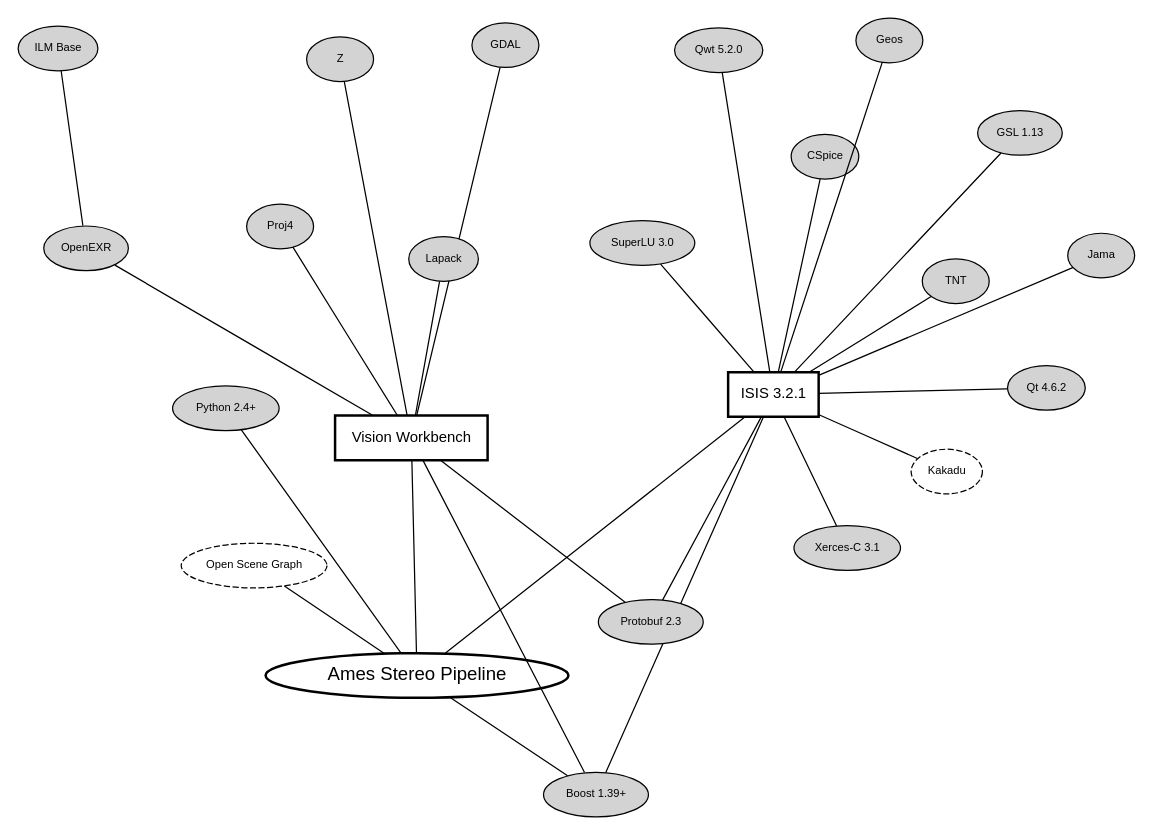
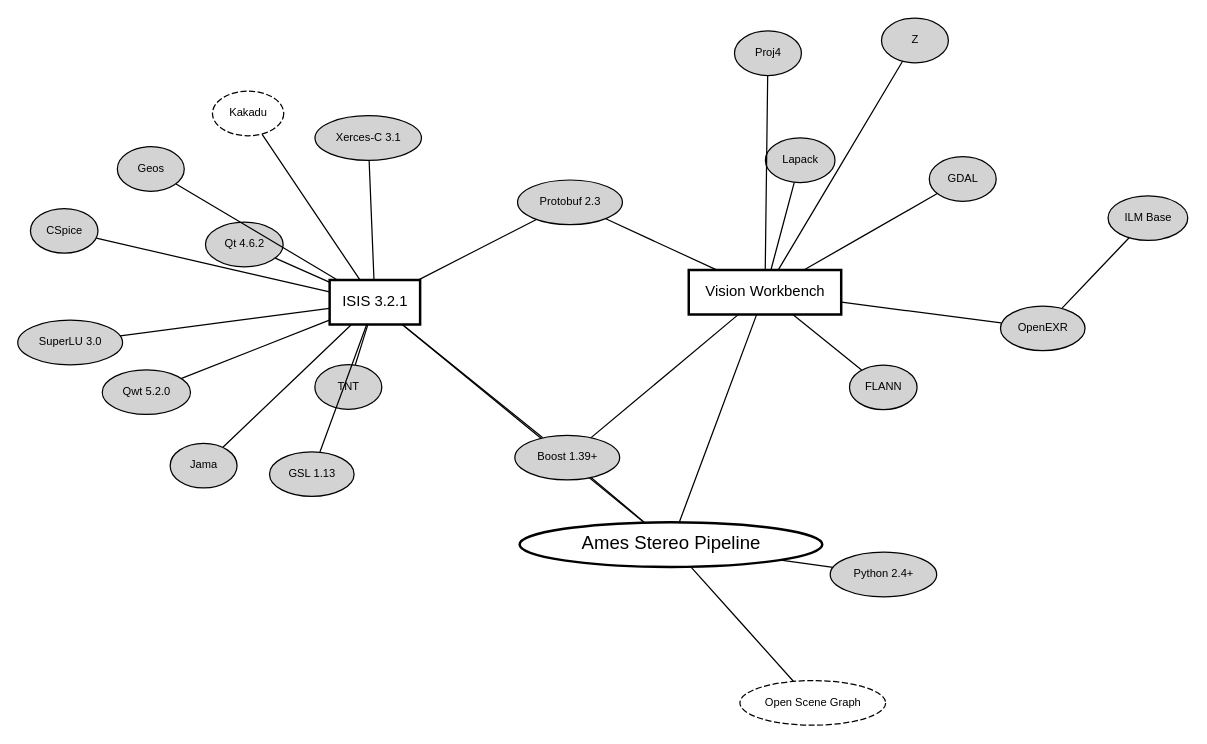
One commit to NeoGeographyToolkit/StereoPipeline changed the diagram in docs/book/graph/asp_deps.dot. Above: the diagram before and after it, drawn with Graphviz.

Commit message:
Add FLANN to graph

```diff
--- a/docs/book/graph/asp_deps.dot
+++ b/docs/book/graph/asp_deps.dot
@@ -1,61 +1,63 @@
 graph g {
 
 layout="sfdp";
 //maxiter=1000000000;
 //overlap=false;
 mode="KK";
 //defaultdist=5;
 //normalize=true;
 //Damping=0.6;
 pad=0.1;
 K=1.5
 
 
 node [fontname="Helvetica"];
 // ASP
 node [fontsize=15,shape=ellipse,style=bold];
 "Ames Stereo Pipeline";
 // Important Nodes
 node [fontsize=12,shape=box,style=bold];
 "Vision Workbench"; "ISIS 3.2.1";
 // Minor Nodes
 node [fontsize=9,shape=ellipse,style=filled];
 "GDAL"; "OpenEXR"; "Lapack"; "Boost 1.39+";"Qt 4.6.2";
 "Jama"; "TNT"; "GSL 1.13"; "Proj4";
 "SuperLU 3.0"; "CSpice"; "Qwt 5.2.0"; "Geos"; "Z";
 "Xerces-C 3.1"; "ILM Base"; "Protobuf 2.3"; "Python 2.4+";
+"FLANN";
 
 // Optional Nodes
 node [fontsize=9,style=dashed]; "Open Scene Graph";
 "Kakadu";
 
 
 "Vision Workbench" -- "Ames Stereo Pipeline"
 "Open Scene Graph" -- "Ames Stereo Pipeline"
 "ISIS 3.2.1" -- "Ames Stereo Pipeline"
 "Boost 1.39+" -- "Ames Stereo Pipeline"
 "Python 2.4+" -- "Ames Stereo Pipeline"
 
 "GDAL" -- "Vision Workbench"
 "OpenEXR" -- "Vision Workbench";
 "ILM Base" -- "OpenEXR";
 "Lapack" -- "Vision Workbench";
 "Boost 1.39+" -- "Vision Workbench";
 "Proj4" -- "Vision Workbench";
 "Z" -- "Vision Workbench";
 "Protobuf 2.3" -- "Vision Workbench";
+"FLANN" -- "Vision Workbench";
 
 "Qt 4.6.2" -- "ISIS 3.2.1";
 "Jama" -- "ISIS 3.2.1";
 "Boost 1.39+" -- "ISIS 3.2.1";
 "TNT" -- "ISIS 3.2.1";
 "GSL 1.13" -- "ISIS 3.2.1";
 "SuperLU 3.0" -- "ISIS 3.2.1";
 "CSpice" -- "ISIS 3.2.1";
 "Qwt 5.2.0" -- "ISIS 3.2.1";
 "Xerces-C 3.1" -- "ISIS 3.2.1";
 "Kakadu" -- "ISIS 3.2.1";
 "Geos" -- "ISIS 3.2.1";
 "Protobuf 2.3" -- "ISIS 3.2.1";
 
 }
```
